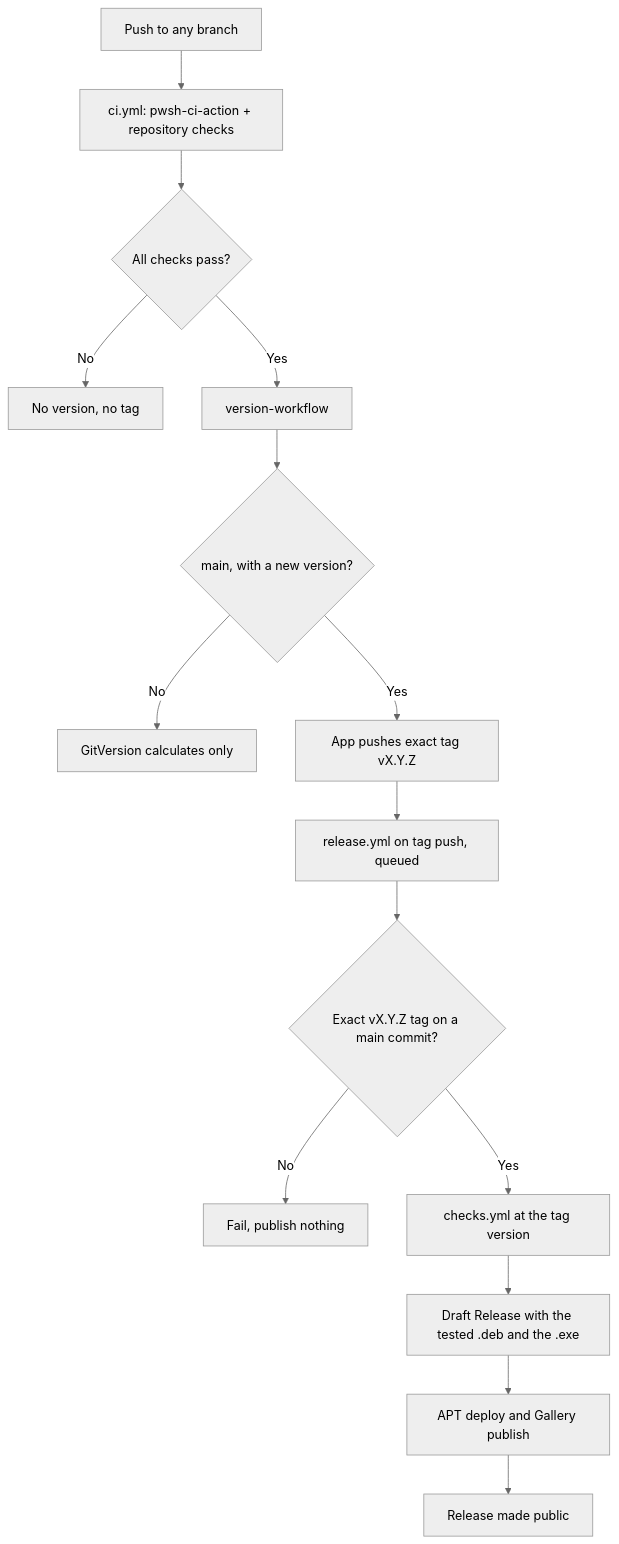
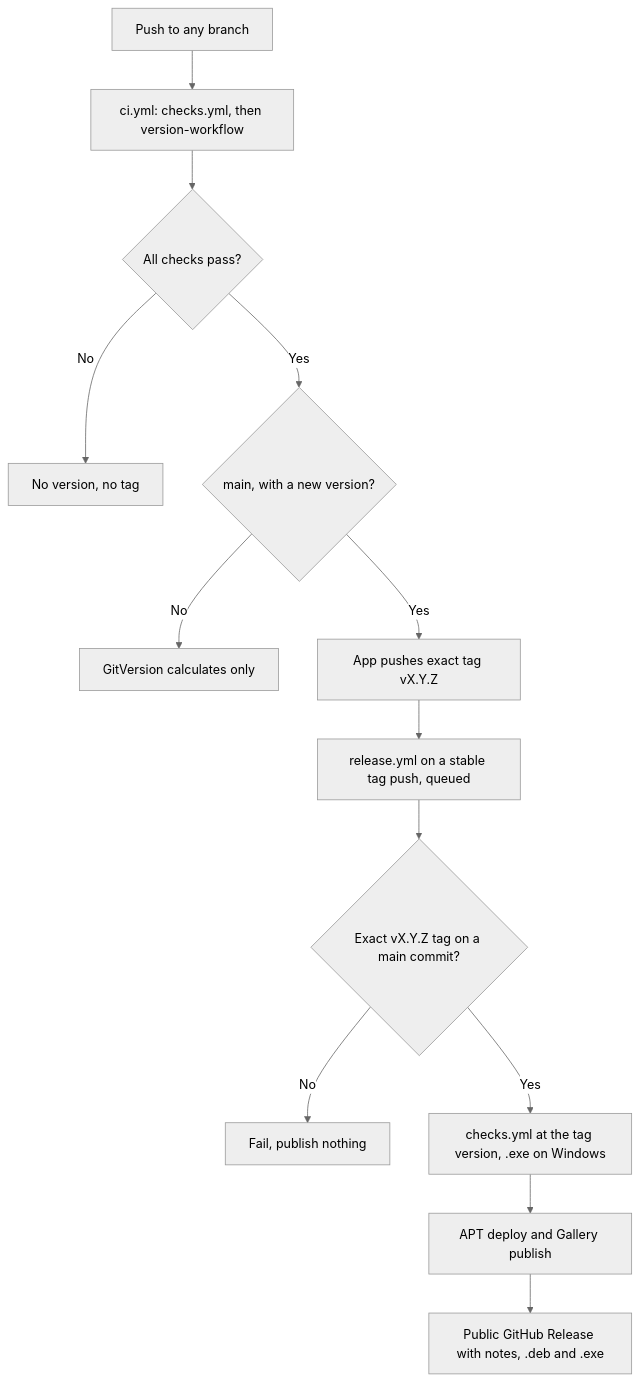
Before and after one commit to vhco-pro/docs: the diagram in docs/internal/plans/pwsh-release-workflow.md, drawn with Mermaid (neutral theme). The commit also changed other lines of this file, not shown here.

First line of the commit message:
docs: cut the draft Release flow from the PowerShell release plan [skip ci]

````diff
--- a/docs/internal/plans/pwsh-release-workflow.md
+++ b/docs/internal/plans/pwsh-release-workflow.md
@@ -263,17 +263,15 @@
 ```mermaid
 flowchart TD
-    Push["Push to any branch"] --> CI["ci.yml: pwsh-ci-action + repository checks"]
+    Push["Push to any branch"] --> CI["ci.yml: checks.yml, then version-workflow"]
     CI --> Pass{"All checks pass?"}
     Pass -->|No| Stop["No version, no tag"]
-    Pass -->|Yes| Ver["version-workflow"]
-    Ver --> Gate{"main, with a new version?"}
+    Pass -->|Yes| Gate{"main, with a new version?"}
     Gate -->|No| Calc["GitVersion calculates only"]
     Gate -->|Yes| Tag["App pushes exact tag vX.Y.Z"]
-    Tag --> Rel["release.yml on tag push, queued"]
+    Tag --> Rel["release.yml on a stable tag push, queued"]
     Rel --> Guard{"Exact vX.Y.Z tag on a main commit?"}
     Guard -->|No| Refuse["Fail, publish nothing"]
-    Guard -->|Yes| Recheck["checks.yml at the tag version"]
-    Recheck --> Draft["Draft Release with the tested .deb and the .exe"]
-    Draft --> Pub["APT deploy and Gallery publish"]
-    Pub --> Public["Release made public"]
+    Guard -->|Yes| Recheck["checks.yml at the tag version, .exe on Windows"]
+    Recheck --> Pub["APT deploy and Gallery publish"]
+    Pub --> Public["Public GitHub Release with notes, .deb and .exe"]
 ```
````
